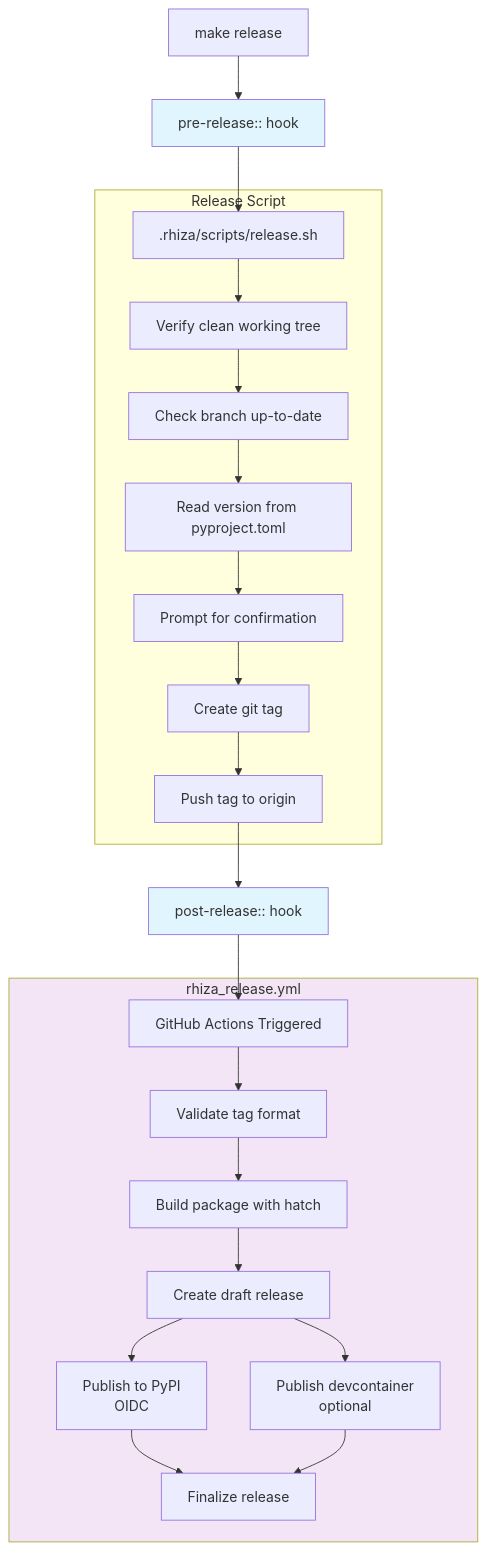
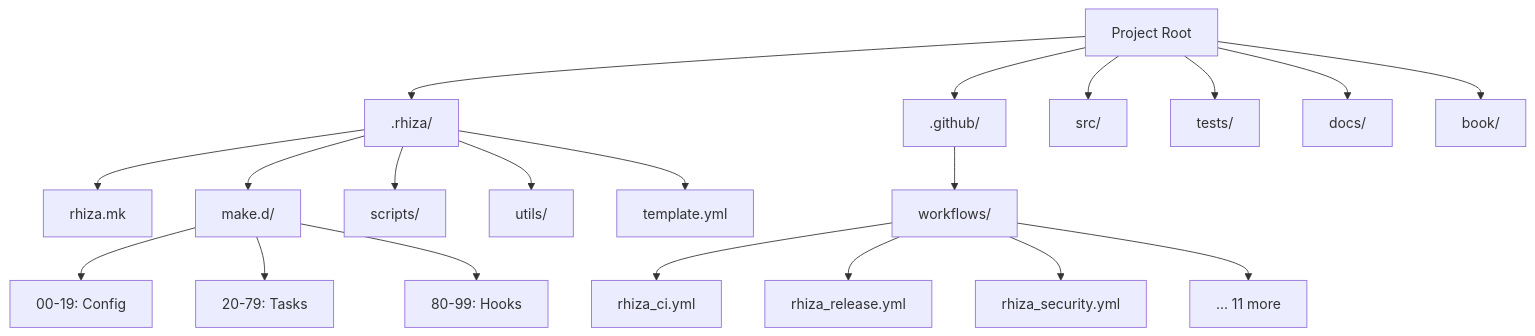
One commit to Jebel-Quant/rhiza changed the sixth of 8 diagrams in docs/architecture.md. Above: the diagram before and after it, drawn with Mermaid. The commit also changed other lines of this file and 1 other file, not shown here.

````diff
--- a/docs/architecture.md
+++ b/docs/architecture.md
@@ -303,31 +156,27 @@
 ```mermaid
 flowchart TD
-    A[make release] --> B[pre-release:: hook]
-    B --> C[.rhiza/scripts/release.sh]
+    root[Project Root]
 
-    subgraph Script["Release Script"]
-        C --> D[Verify clean working tree]
-        D --> E[Check branch up-to-date]
-        E --> F[Read version from pyproject.toml]
-        F --> G[Prompt for confirmation]
-        G --> H[Create git tag]
-        H --> I[Push tag to origin]
-    end
+    root --> rhiza[.rhiza/]
+    root --> github[.github/]
+    root --> src[src/]
+    root --> tests[tests/]
+    root --> docs[docs/]
+    root --> book[book/]
 
-    I --> J[post-release:: hook]
-    J --> K[GitHub Actions Triggered]
+    rhiza --> rhizamk[rhiza.mk]
+    rhiza --> maked[make.d/]
+    rhiza --> scripts[scripts/]
+    rhiza --> utils[utils/]
+    rhiza --> template[template.yml]
 
-    subgraph Actions["rhiza_release.yml"]
-        K --> L[Validate tag format]
-        L --> M[Build package with hatch]
-        M --> N[Create draft release]
-        N --> O[Publish to PyPI<br>OIDC]
-        N --> P[Publish devcontainer<br>optional]
-        O --> Q[Finalize release]
-        P --> Q
-    end
+    github --> workflows[workflows/]
+    workflows --> ci[rhiza_ci.yml]
+    workflows --> release[rhiza_release.yml]
+    workflows --> security[rhiza_security.yml]
+    workflows --> more[... 11 more]
 
-    style B fill:#e1f5fe
-    style J fill:#e1f5fe
-    style Actions fill:#f3e5f5
+    maked --> m00[00-19: Config]
+    maked --> m20[20-79: Tasks]
+    maked --> m80[80-99: Hooks]
 ```
````
